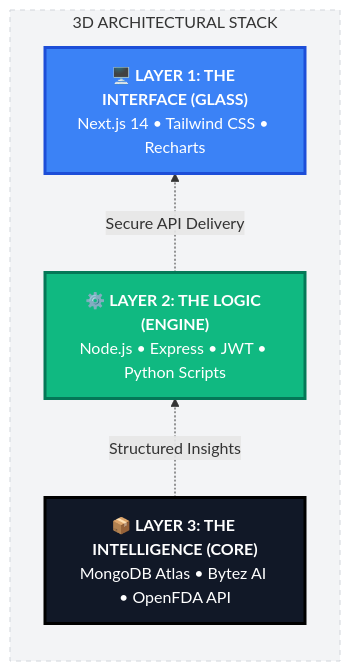
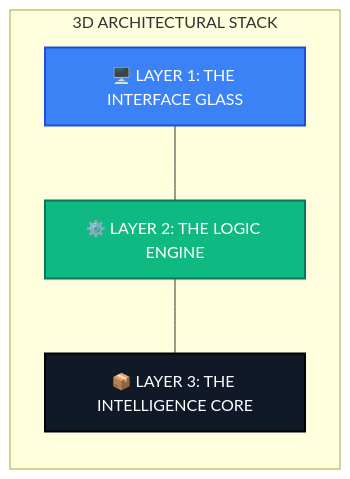
The diagram in README.md (riturajjhaba938/CURA), drawn with Mermaid before and after one commit.

Commit message:
fixed 3d arch

````diff
--- a/README.md
+++ b/README.md
@@ -90,18 +90,17 @@
 ```mermaid
 graph TD
     subgraph CURA_STACK [3D ARCHITECTURAL STACK]
     direction BT
     
-    L3["<b>📦 LAYER 3: THE INTELLIGENCE (CORE)</b><br/>MongoDB Atlas • Bytez AI • OpenFDA API"]
-    L2["<b>⚙️ LAYER 2: THE LOGIC (ENGINE)</b><br/>Node.js • Express • JWT • Python Scripts"]
-    L1["<b>🖥️ LAYER 1: THE INTERFACE (GLASS)</b><br/>Next.js 14 • Tailwind CSS • Recharts"]
+    L3[📦 LAYER 3: THE INTELLIGENCE CORE]
+    L2[⚙️ LAYER 2: THE LOGIC ENGINE]
+    L1[🖥️ LAYER 1: THE INTERFACE GLASS]
     
-    L3 -.->|Structured Insights| L2
-    L2 -.->|Secure API Delivery| L1
+    L3 --- L2
+    L2 --- L1
     end
     
-    style L1 fill:#3b82f6,stroke:#1d4ed8,stroke-width:3px,color:#fff
-    style L2 fill:#10b981,stroke:#047857,stroke-width:3px,color:#fff
-    style L3 fill:#111827,stroke:#000,stroke-width:3px,color:#fff
-    style CURA_STACK fill:#f3f4f6,stroke:#d1d5db,stroke-dasharray: 5 5
+    style L1 fill:#3b82f6,stroke:#1d4ed8,stroke-width:2px,color:#fff
+    style L2 fill:#10b981,stroke:#047857,stroke-width:2px,color:#fff
+    style L3 fill:#111827,stroke:#000,stroke-width:2px,color:#fff
 ```
````
